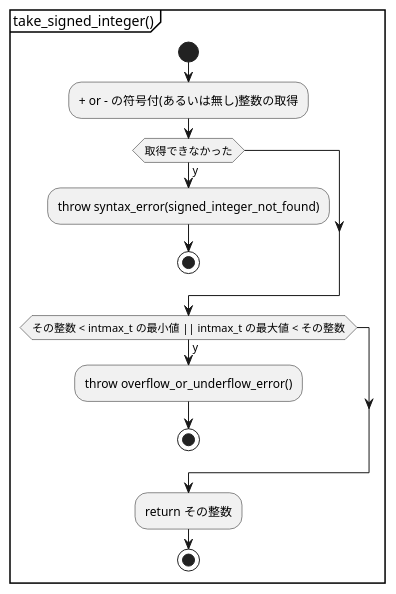
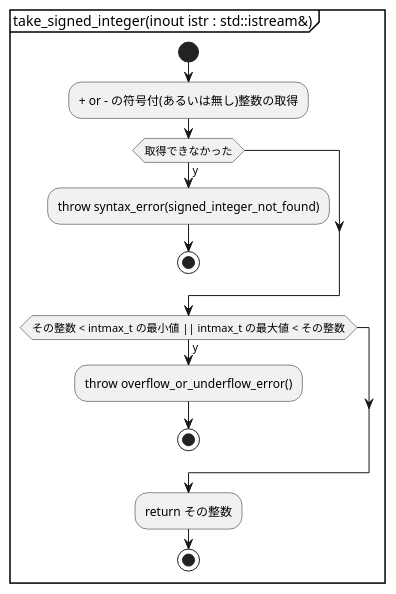
Before and after one commit to KodaiYM/PDFReader: the sixth of 7 diagrams in document/parser.activity.pu, drawn with PlantUML. The commit also changed other lines of this file and 2 other files, not shown here.

Commit message:
startxref 以下の解析部分の図をUMLの仕様に従って完成

```diff
--- a/document/parser.activity.pu
+++ b/document/parser.activity.pu
@@ -98,16 +99,16 @@
 @startuml take_signed_integer
-partition "take_signed_integer()" {
+partition "take_signed_integer(inout istr : std::istream&)" {
 start
 	:+ or - の符号付(あるいは無し)整数の取得;
 	if (取得できなかった) then (y)
 		:throw syntax_error(signed_integer_not_found);
 		stop
 	endif
 	if (その整数 < intmax_t の最小値 || intmax_t の最大値 < その整数) then (y)
 		:throw overflow_or_underflow_error();
 		stop
 	endif
 	:return その整数;
 stop
 }
 @enduml
```
